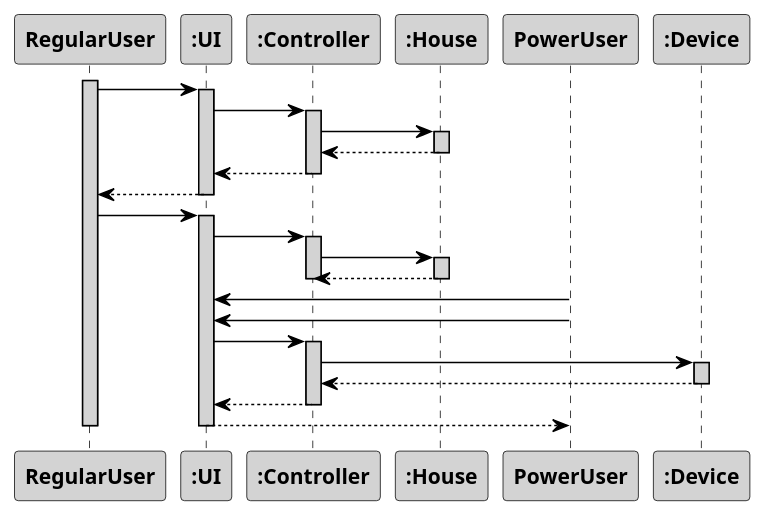
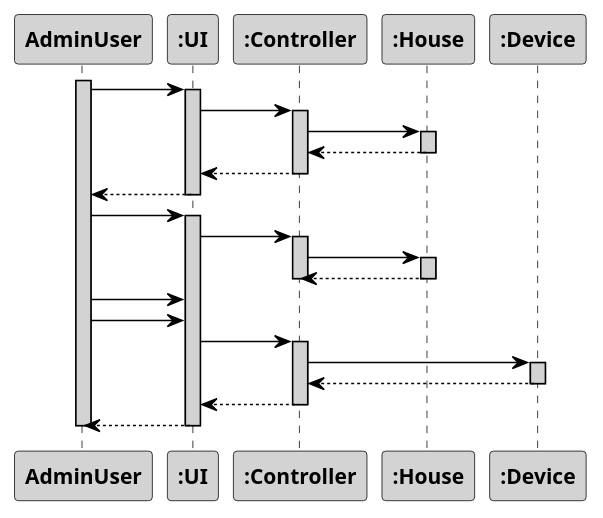
The diagram in src/main/java/pt/ipp/isep/dei/project/controllers/importReadingsFromJSONController/SD_SequenceDiagramModel.puml (1181687/hateoasToy), drawn with PlantUML before and after one commit. The commit also changed 7 other files, not shown here.

```diff
--- a/src/main/java/pt/ipp/isep/dei/project/controllers/importReadingsFromJSONController/SD_SequenceDiagramModel.puml
+++ b/src/main/java/pt/ipp/isep/dei/project/controllers/importReadingsFromJSONController/SD_SequenceDiagramModel.puml
@@ -1,60 +1,60 @@
 @startuml
 skinparam sequenceMessageAlign center
 skinparam sequence {
 	ArrowColor Black
 	ActorBorderColor DarkBlue
 	LifeLineBorderColor black
 	LifeLineBackgroundColor LightGrey
 
 	ParticipantBorderColor Black
 	ParticipantBackgroundColor LightGrey
 	ParticipantFontStyle Bold
 
 	ActorBackgroundColor DimGrey
 	ActorFontColor DeepSkyBlue
 	ActorFontStyle Bold
 	ActorFontSize 17
 	ActorFontName Aapex
 }
-activate RegularUser
-actor RegularUser
+activate AdminUser
+actor AdminUser
 
-RegularUser -> ":UI":
+AdminUser -> ":UI":
 activate ":UI"
 ":UI" -> ":Controller":
 activate ":Controller"
 ":Controller" -> ":House":
 activate ":House"
 ":Controller" <-- ":House":
 deactivate ":House"
 ":UI" <-- ":Controller":
 deactivate ":Controller"
-RegularUser <-- ":UI":
+AdminUser <-- ":UI":
 deactivate ":UI"
 
-RegularUser -> ":UI":
+AdminUser-> ":UI":
 activate ":UI"
 ":UI" -> ":Controller":
 activate ":Controller"
 ":Controller" -> ":House":
 activate ":House"
 ":Controller" <-- ":House":
 deactivate ":House"
 deactivate ":Controller"
 
-PowerUser -> ":UI":
-PowerUser -> ":UI":
+AdminUser -> ":UI":
+AdminUser-> ":UI":
 ":UI" -> ":Controller":
 activate ":Controller"
 ":Controller" -> ":Device":
 activate ":Device"
 ":Controller" <-- ":Device":
 deactivate ":Device"
 ":UI" <-- ":Controller":
 deactivate ":Controller"
-PowerUser <-- ":UI":
+AdminUser <-- ":UI":
 deactivate ":UI"
 
-deactivate RegularUser
+deactivate AdminUser
 
 @enduml
```
